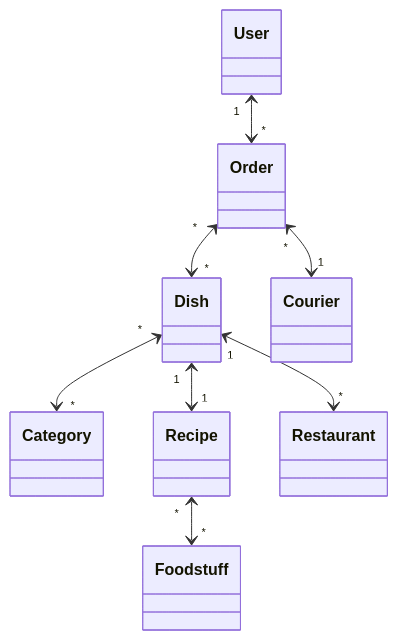
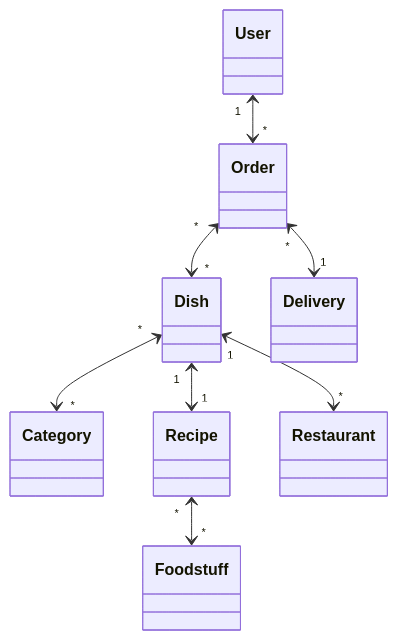
One commit to akvamarinel/HighLoad changed the diagram in README.md. Above: the diagram before and after it, drawn with Mermaid.

Commit message:
docs: update documentation (README.md)

````diff
--- a/README.md
+++ b/README.md
@@ -12,10 +12,10 @@
 ```mermaid
 	classDiagram
 	User "1" <--> "*" Order
 	Order "*" <--> "*" Dish
-	Order "*" <--> "1" Courier
+	Order "*" <--> "1" Delivery
 	Dish "*" <--> "*" Category
 	Dish "1" <--> "1" Recipe
 	Recipe "*" <--> "*" Foodstuff 
 	Dish "1" <--> "*" Restaurant
 ```
````
